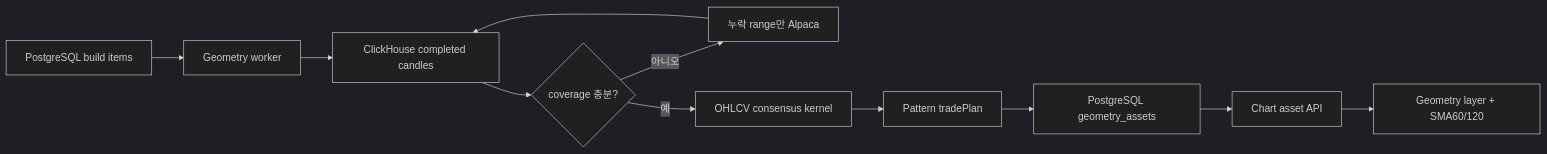
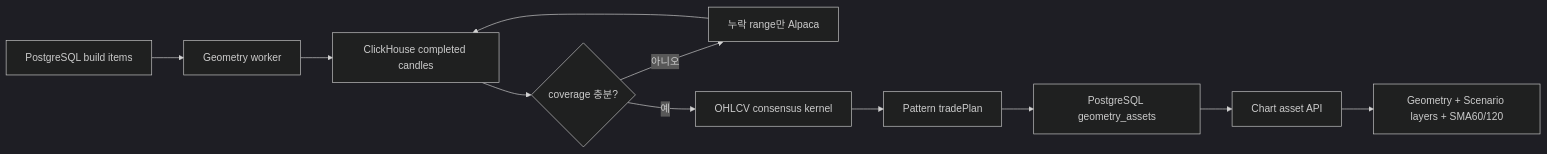
Before and after one commit to KFJG-Team1/gops: the diagram in docs/CHART_ANALYSIS_ASSETS.md, drawn with Mermaid (dark theme). The commit also changed other lines of this file and 55 other files, not shown here.

Commit message:
feat(chart): add drawing-based trade scenarios

````diff
--- a/docs/CHART_ANALYSIS_ASSETS.md
+++ b/docs/CHART_ANALYSIS_ASSETS.md
@@ -40,13 +50,13 @@
 ```mermaid
 flowchart LR
   PGQ["PostgreSQL build items"] --> Worker["Geometry worker"]
   Worker --> CH["ClickHouse completed candles"]
   CH --> Gap{"coverage 충분?"}
   Gap -- "아니오" --> Alpaca["누락 range만 Alpaca"]
   Alpaca --> CH
   Gap -- "예" --> Kernel["OHLCV consensus kernel"]
   Kernel --> Plan["Pattern tradePlan"]
   Plan --> PG["PostgreSQL geometry_assets"]
   PG --> API["Chart asset API"]
-  API --> UI["Geometry layer + SMA60/120"]
+  API --> UI["Geometry + Scenario layers + SMA60/120"]
 ```
````
